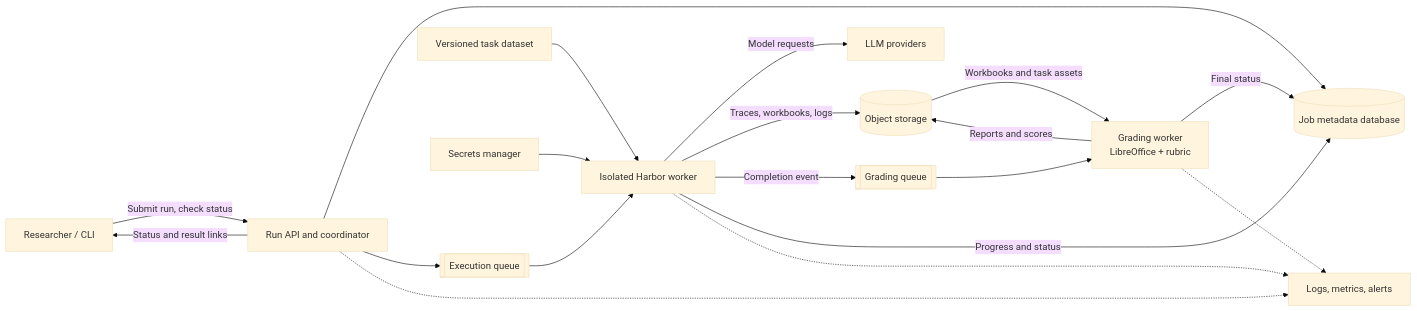
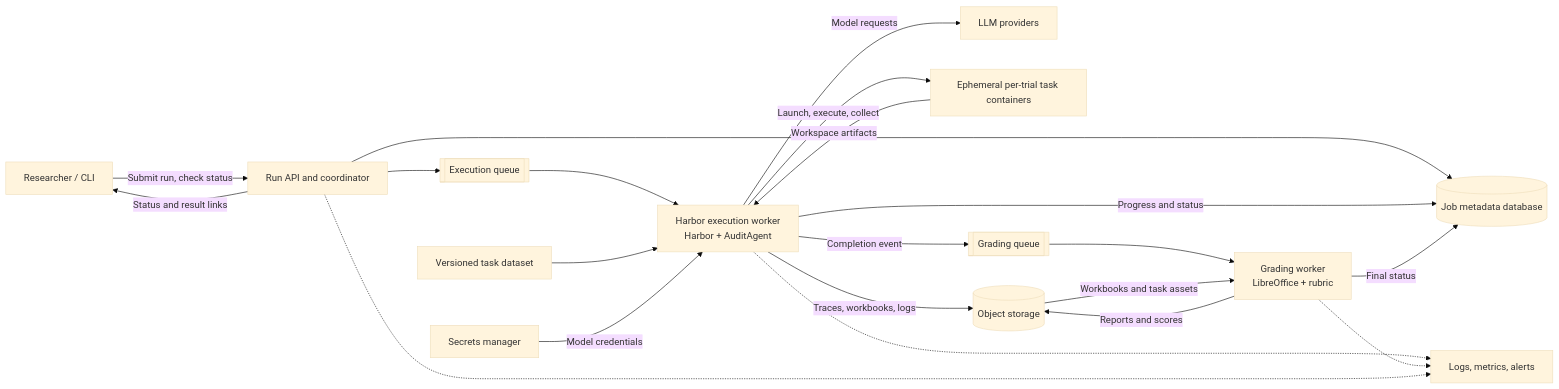
One commit to codemonkey110/financial-audit-bench changed the diagram in docs/cloud-architecture.md. Above: the diagram before and after it, drawn with Mermaid (base theme). The commit also changed other lines of this file, not shown here.

Commit message:
Clarify cloud worker container design

````diff
--- a/docs/cloud-architecture.md
+++ b/docs/cloud-architecture.md
@@ -10,25 +10,27 @@
 ```mermaid
 flowchart LR
     User[Researcher / CLI] -->|Submit run, check status| API[Run API and coordinator]
 
     API --> DB[(Job metadata database)]
     API --> RunQueue[[Execution queue]]
 
-    RunQueue --> AgentWorker[Isolated Harbor worker]
+    RunQueue --> AgentWorker[Harbor execution worker<br/>Harbor + AuditAgent]
     Dataset[Versioned task dataset] --> AgentWorker
-    Secrets[Secrets manager] --> AgentWorker
+    Secrets[Secrets manager] -->|Model credentials| AgentWorker
     AgentWorker -->|Model requests| LLM[LLM providers]
+    AgentWorker -->|Launch, execute, collect| TaskContainers[Ephemeral per-trial task containers]
+    TaskContainers -->|Workspace artifacts| AgentWorker
     AgentWorker -->|Traces, workbooks, logs| Storage[(Object storage)]
     AgentWorker -->|Completion event| GradeQueue[[Grading queue]]
     AgentWorker -->|Progress and status| DB
 
     GradeQueue --> Grader[Grading worker<br/>LibreOffice + rubric]
     Storage -->|Workbooks and task assets| Grader
     Grader -->|Reports and scores| Storage
     Grader -->|Final status| DB
 
     API -->|Status and result links| User
     AgentWorker -.-> Observability[Logs, metrics, alerts]
     Grader -.-> Observability
     API -.-> Observability
 ```
````
